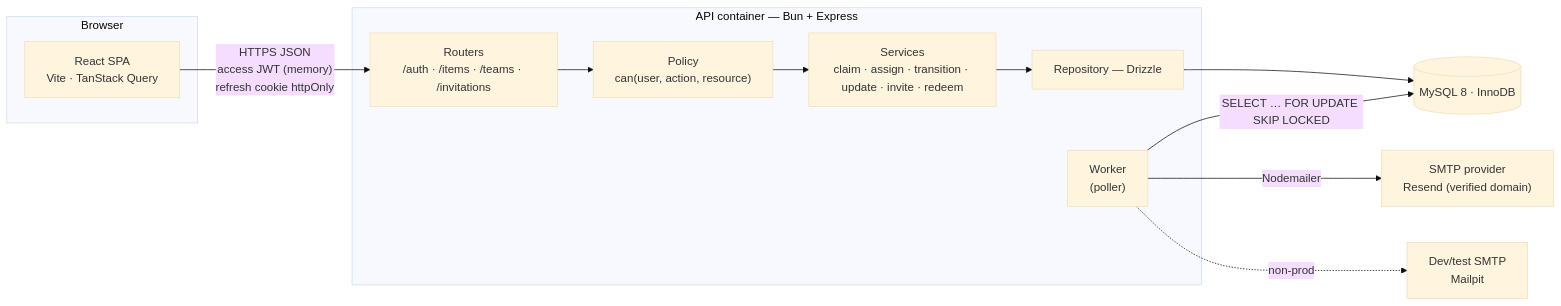
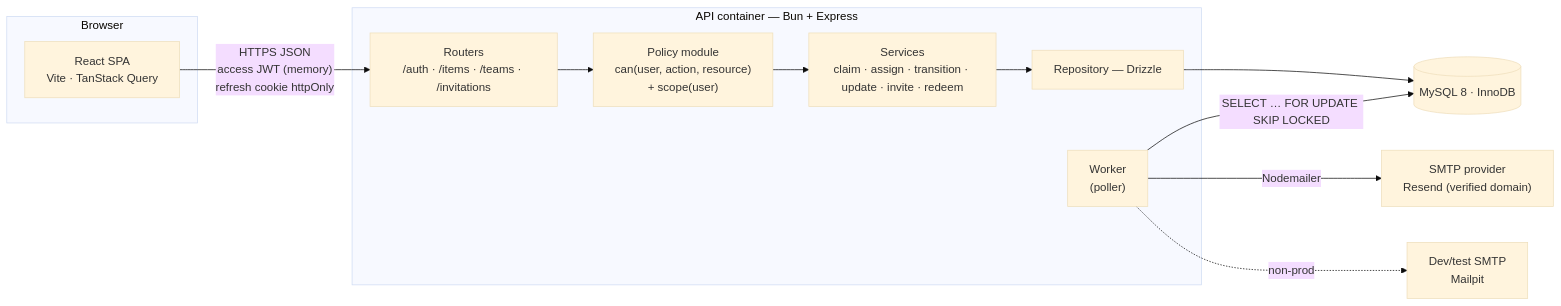
One commit to tabishraza302/newtoninte-ops changed the first of 9 diagrams in docs/architecture.md. Above: the diagram before and after it, drawn with Mermaid (base theme). The commit also changed other lines of this file and 1 other file, not shown here.

First line of the commit message:
docs: verification pass — fix authed-redemption email check + diagram drift

````diff
--- a/docs/architecture.md
+++ b/docs/architecture.md
@@ -9,24 +9,24 @@
 ```mermaid
 flowchart LR
   subgraph Browser
     SPA["React SPA<br/>Vite · TanStack Query"]
   end
 
   subgraph API["API container — Bun + Express"]
     R["Routers<br/>/auth · /items · /teams · /invitations"]
-    P["Policy<br/>can(user, action, resource)"]
+    P["Policy module<br/>can(user, action, resource)<br/>+ scope(user)"]
     S["Services<br/>claim · assign · transition · update · invite · redeem"]
     RP["Repository — Drizzle"]
     W["Worker<br/>(poller)"]
   end
 
   DB[("MySQL 8 · InnoDB")]
   SMTP["SMTP provider<br/>Resend (verified domain)"]
   SINK["Dev/test SMTP<br/>Mailpit"]
 
   SPA -- "HTTPS JSON<br/>access JWT (memory)<br/>refresh cookie httpOnly" --> R
   R --> P --> S --> RP --> DB
   W -- "SELECT … FOR UPDATE SKIP LOCKED" --> DB
   W -- "Nodemailer" --> SMTP
   W -. "non-prod" .-> SINK
 ```
````
